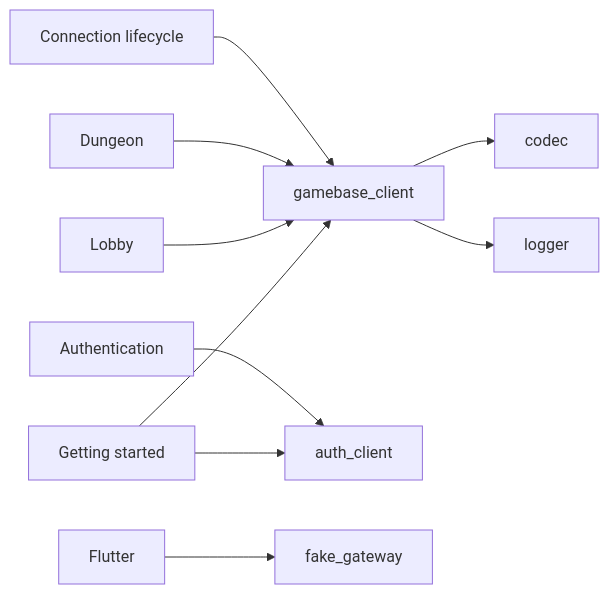
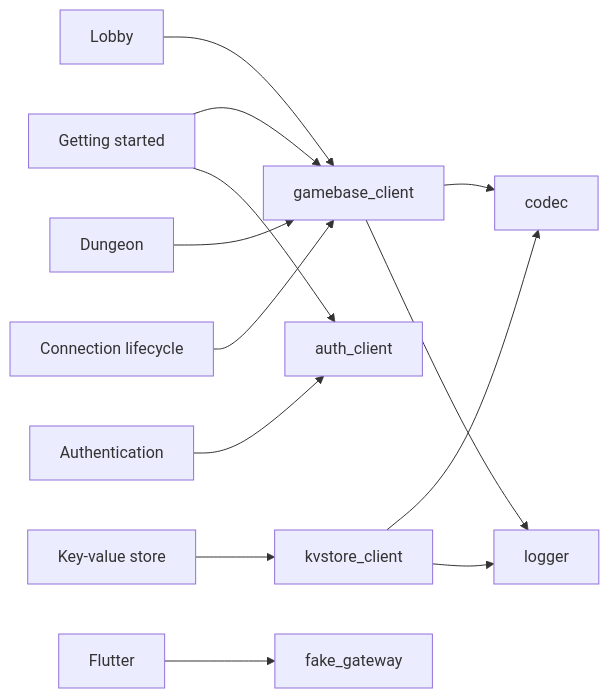
Before and after one commit to yingyeothon/flutterlib: the diagram in docs/README.md, drawn with Mermaid. The commit also changed other lines of this file and 46 other files, not shown here.

````diff
--- a/docs/README.md
+++ b/docs/README.md
@@ -28,12 +31,15 @@
 ```mermaid
 flowchart LR
   gs["Getting started"] --> gc["gamebase_client"]
   gs --> ac["auth_client"]
   auth["Authentication"] --> ac
   lobby["Lobby"] --> gc
   dungeon["Dungeon"] --> gc
+  kv["Key-value store"] --> kc["kvstore_client"]
   life["Connection lifecycle"] --> gc
   flutter["Flutter"] --> fg["fake_gateway"]
   gc --> codec["codec"]
   gc --> logger["logger"]
+  kc --> codec
+  kc --> logger
 ```
````
